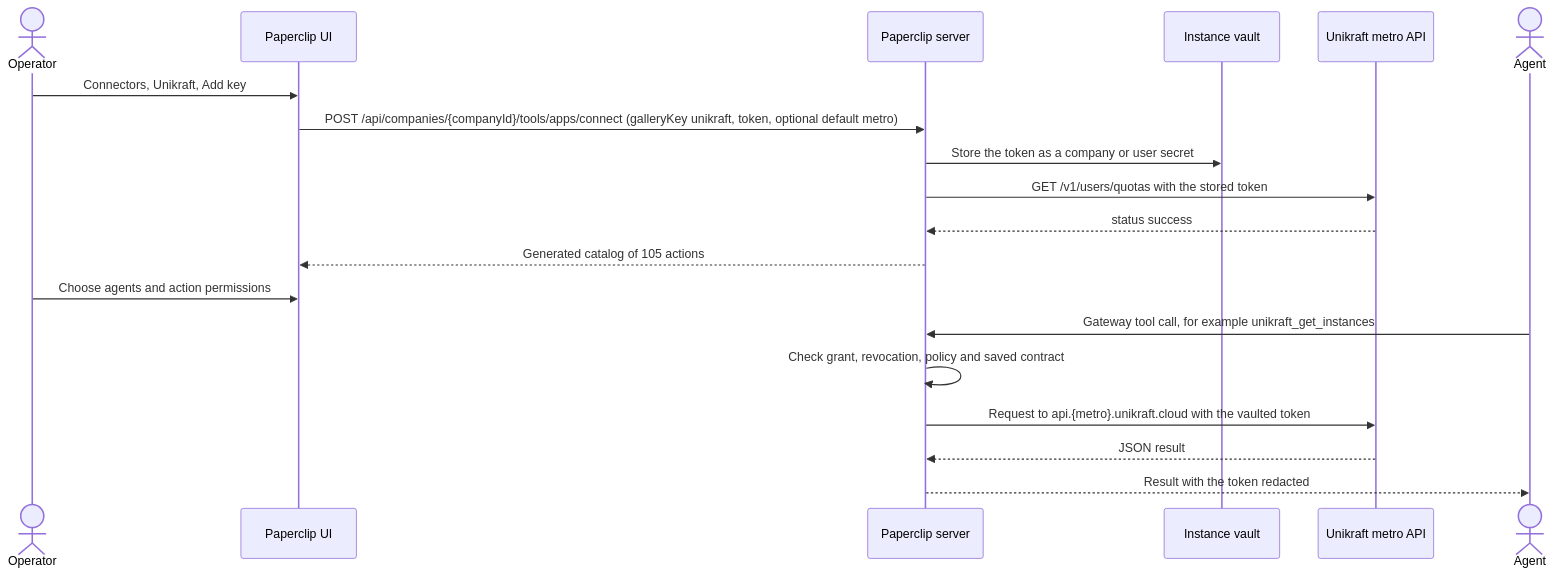
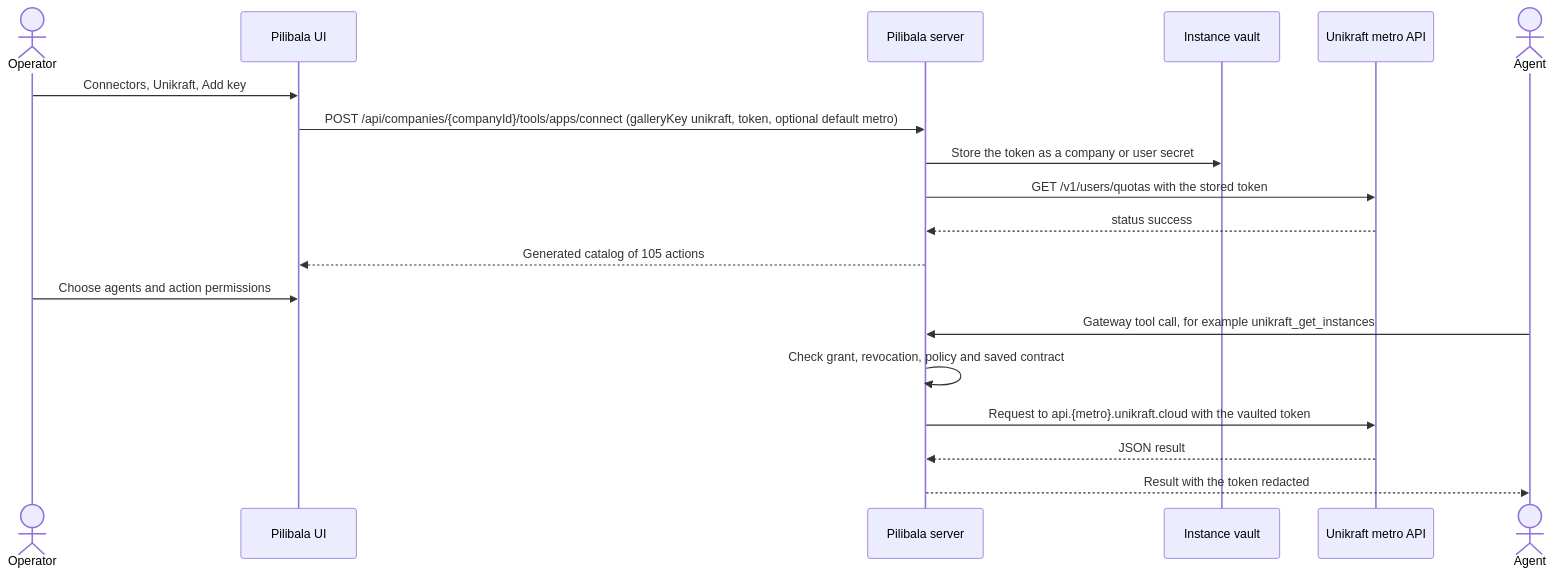
The diagram in doc/connections/UNIKRAFT.md (Nibilu/paperclip), drawn with Mermaid before and after one commit. The commit also changed other lines of this file and 11568 other files, not shown here.

First line of the commit message:
chore(rebrand): replay deterministic paperclip->pilibala rebrand onto upstream merge

````diff
--- a/doc/connections/UNIKRAFT.md
+++ b/doc/connections/UNIKRAFT.md
@@ -49,21 +49,21 @@
 ```mermaid
 sequenceDiagram
     actor Operator
-    participant UI as Paperclip UI
-    participant Server as Paperclip server
+    participant UI as Pilibala UI
+    participant Server as Pilibala server
     participant Vault as Instance vault
     participant Metro as Unikraft metro API
     actor Agent
     Operator->>UI: Connectors, Unikraft, Add key
     UI->>Server: POST /api/companies/{companyId}/tools/apps/connect (galleryKey unikraft, token, optional default metro)
     Server->>Vault: Store the token as a company or user secret
     Server->>Metro: GET /v1/users/quotas with the stored token
     Metro-->>Server: status success
     Server-->>UI: Generated catalog of 105 actions
     Operator->>UI: Choose agents and action permissions
     Agent->>Server: Gateway tool call, for example unikraft_get_instances
     Server->>Server: Check grant, revocation, policy and saved contract
     Server->>Metro: Request to api.{metro}.unikraft.cloud with the vaulted token
     Metro-->>Server: JSON result
     Server-->>Agent: Result with the token redacted
 ```
````
